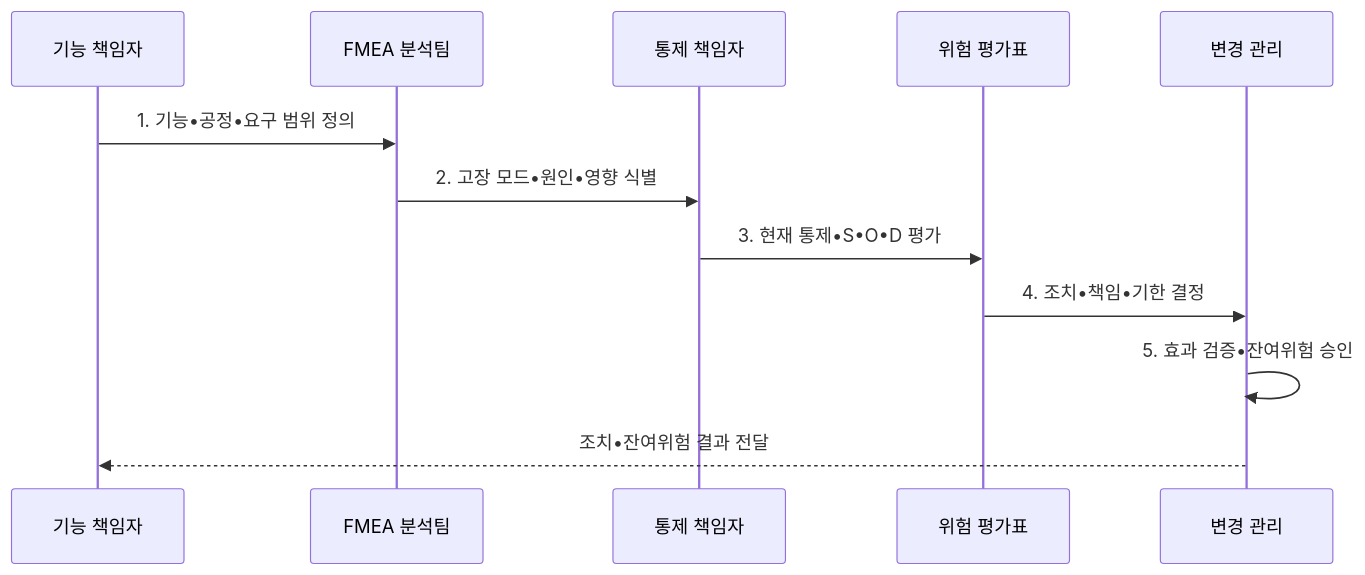
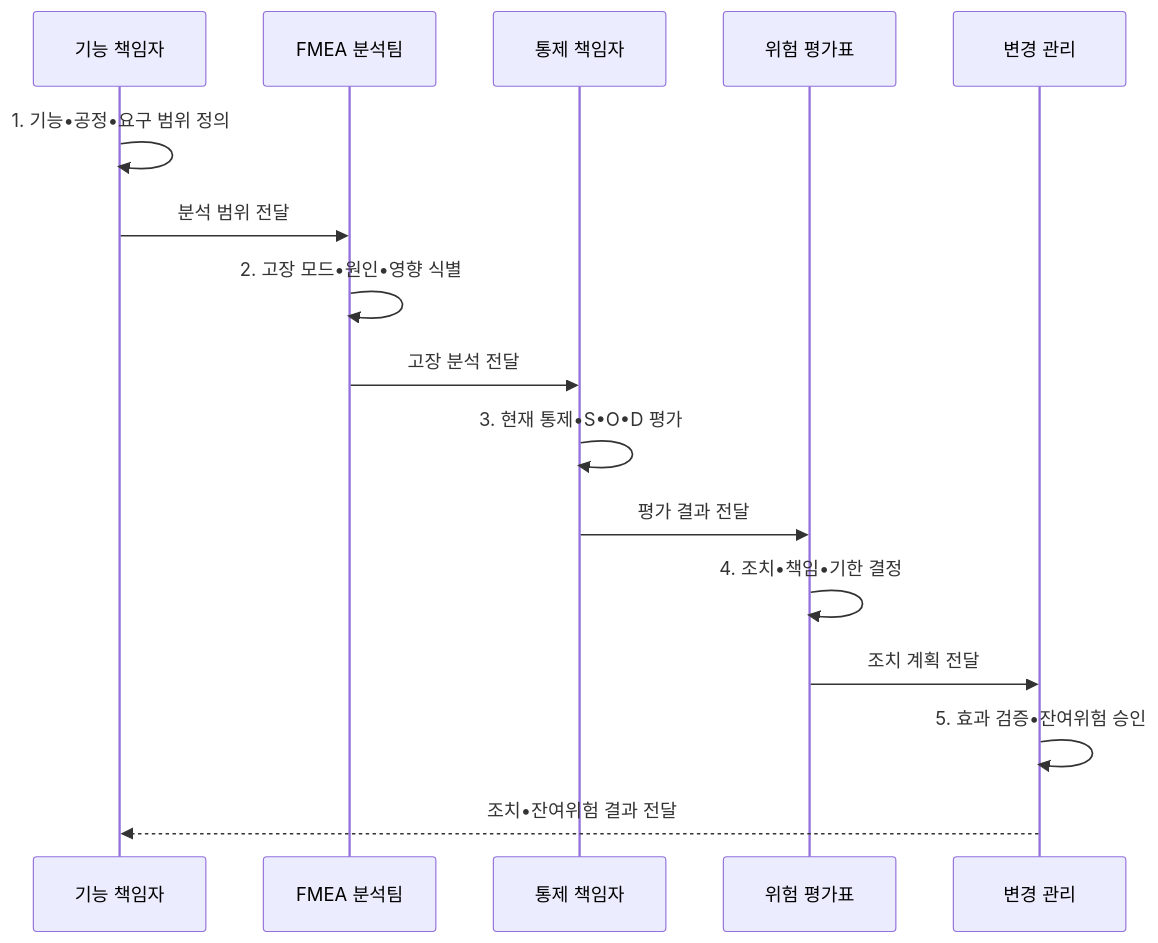
The second of 2 diagrams in src/content/docs/notes/06-evaluation/028_fmea_failure_mode_effect_analysis.md (agnusdei1207/knowledge-base), drawn with Mermaid before and after one commit. The commit also changed other lines of this file and 20 other files, not shown here.

````diff
--- a/src/content/docs/notes/06-evaluation/028_fmea_failure_mode_effect_analysis.md
+++ b/src/content/docs/notes/06-evaluation/028_fmea_failure_mode_effect_analysis.md
@@ -101,14 +101,18 @@
 ```mermaid
 sequenceDiagram
   participant O as 기능 책임자
   participant A as FMEA 분석팀
   participant C as 통제 책임자
   participant R as 위험 평가표
   participant M as 변경 관리
-  O->>A: 1. 기능•공정•요구 범위 정의
-  A->>C: 2. 고장 모드•원인•영향 식별
-  C->>R: 3. 현재 통제•S•O•D 평가
-  R->>M: 4. 조치•책임•기한 결정
+  O->>O: 1. 기능•공정•요구 범위 정의
+  O->>A: 분석 범위 전달
+  A->>A: 2. 고장 모드•원인•영향 식별
+  A->>C: 고장 분석 전달
+  C->>C: 3. 현재 통제•S•O•D 평가
+  C->>R: 평가 결과 전달
+  R->>R: 4. 조치•책임•기한 결정
+  R->>M: 조치 계획 전달
   M->>M: 5. 효과 검증•잔여위험 승인
   M-->>O: 조치•잔여위험 결과 전달
 ```
````
